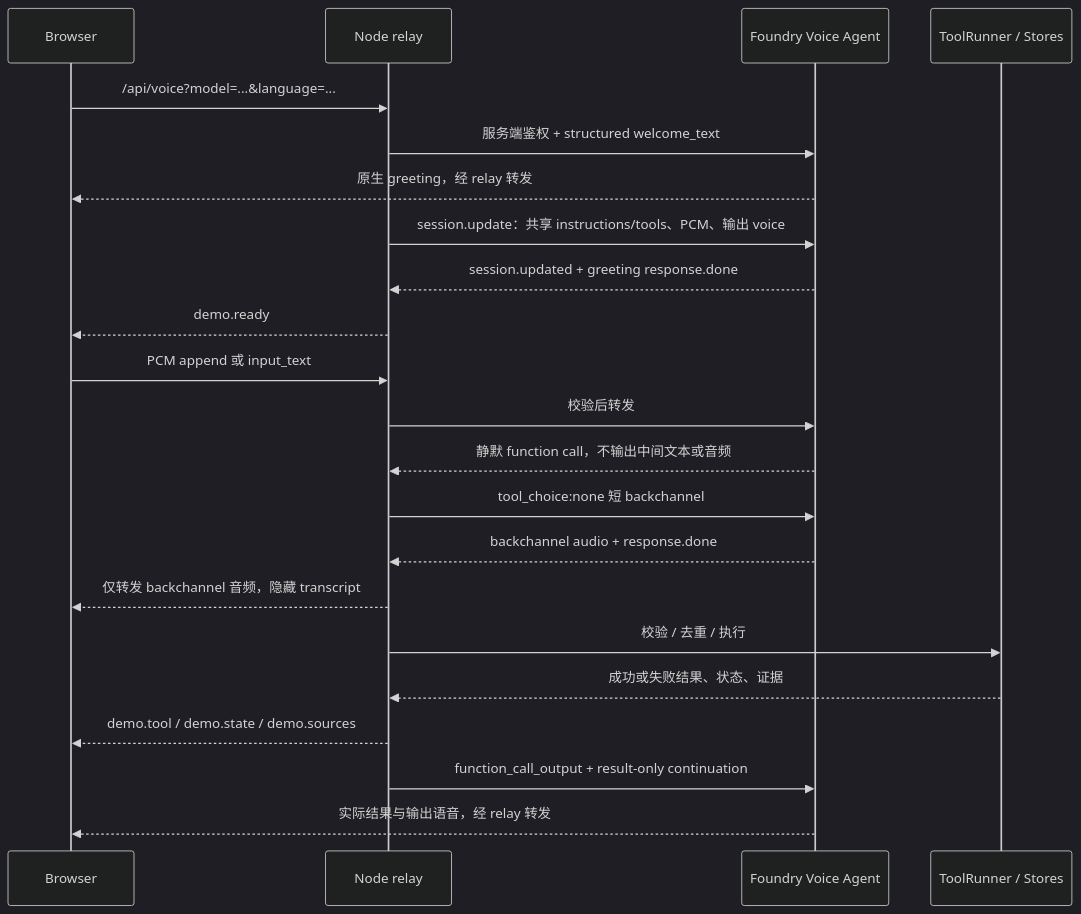
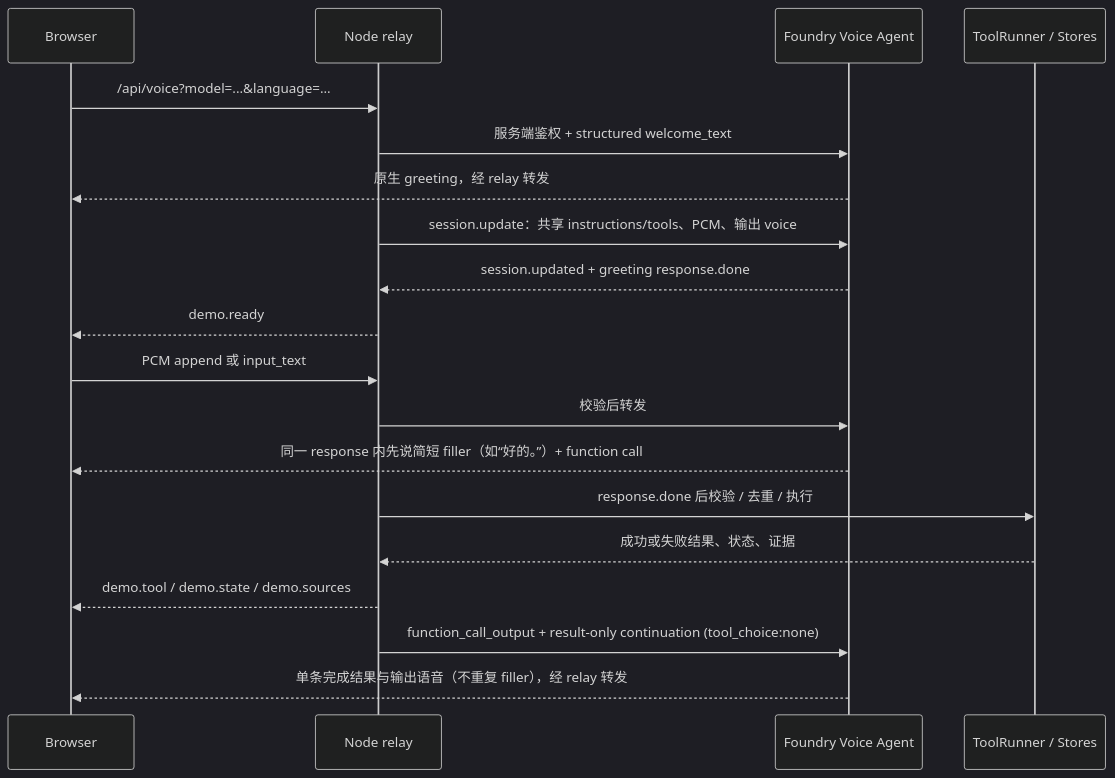
Before and after one commit to ZhaoChaoqun/voice-agent: the second of 4 diagrams in samples/haier-voice-home/ARCHITECTURE.md, drawn with Mermaid (dark theme). The commit also changed other lines of this file and 16 other files, not shown here.

````diff
--- a/samples/haier-voice-home/ARCHITECTURE.md
+++ b/samples/haier-voice-home/ARCHITECTURE.md
@@ -55,24 +55,21 @@
 ```mermaid
 sequenceDiagram
   participant B as Browser
   participant N as Node relay
   participant A as Foundry Voice Agent
   participant T as ToolRunner / Stores
   B->>N: /api/voice?model=...&language=...
   N->>A: 服务端鉴权 + structured welcome_text
   A-->>B: 原生 greeting，经 relay 转发
   N->>A: session.update：共享 instructions/tools、PCM、输出 voice
   A-->>N: session.updated + greeting response.done
   N-->>B: demo.ready
   B->>N: PCM append 或 input_text
   N->>A: 校验后转发
-  A-->>N: 静默 function call，不输出中间文本或音频
-  N->>A: tool_choice:none 短 backchannel
-  A-->>N: backchannel audio + response.done
-  N-->>B: 仅转发 backchannel 音频，隐藏 transcript
-  N->>T: 校验 / 去重 / 执行
+  A-->>B: 同一 response 内先说简短 filler（如“好的。”）+ function call
+  N->>T: response.done 后校验 / 去重 / 执行
   T-->>N: 成功或失败结果、状态、证据
   N-->>B: demo.tool / demo.state / demo.sources
-  N->>A: function_call_output + result-only continuation
-  A-->>B: 实际结果与输出语音，经 relay 转发
+  N->>A: function_call_output + result-only continuation (tool_choice:none)
+  A-->>B: 单条完成结果与输出语音（不重复 filler），经 relay 转发
 ```
````
